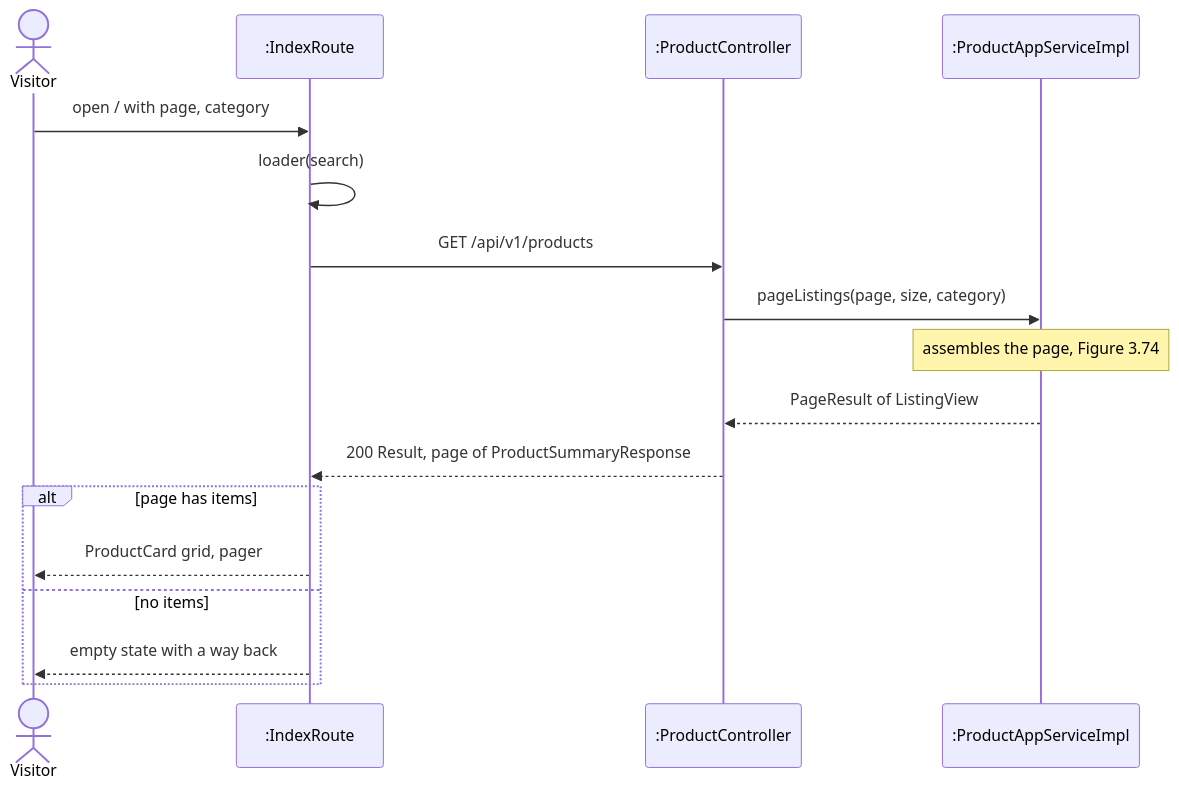
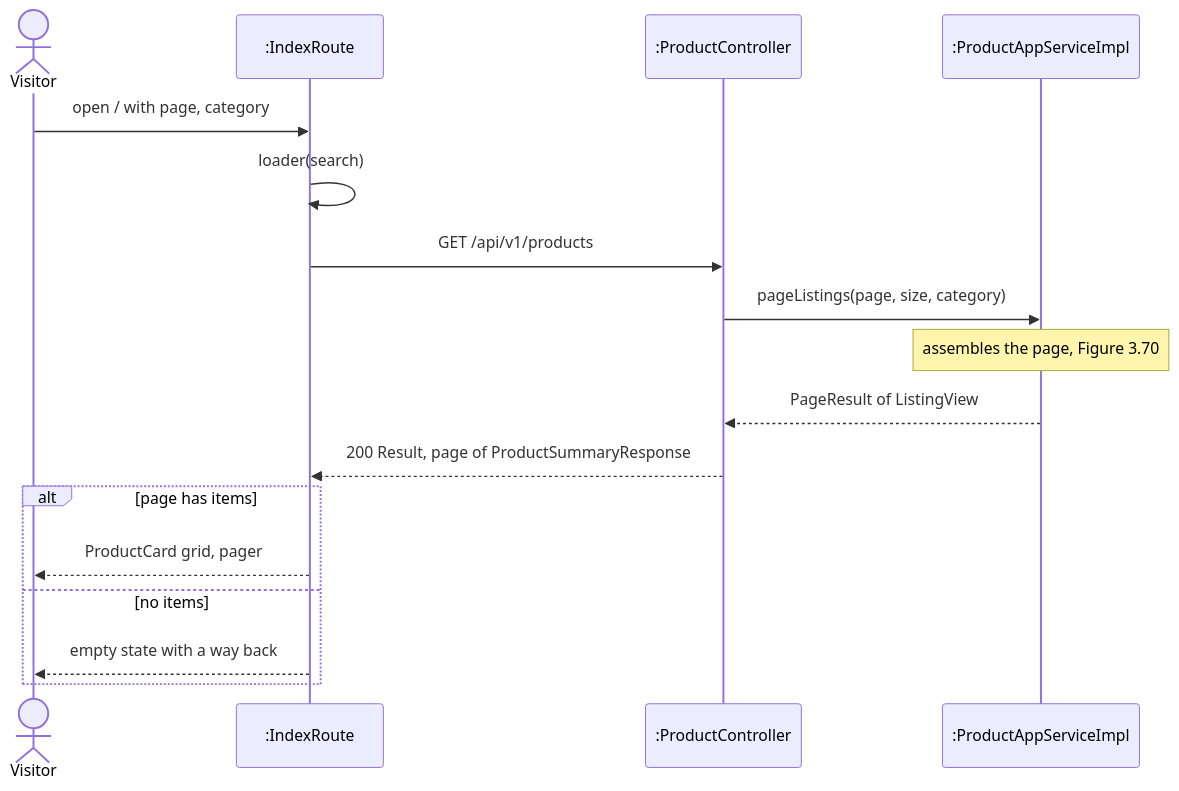
Diagram 12 of 18 in docs/swe5006/report/sections/03-4-3-pan.md (PPsyrius/iss-groupbuy-team8), drawn with Mermaid before and after one commit. The commit also changed other lines of this file and 60 other files, not shown here.

First line of the commit message:
docs(report): template format, VP-style UML and fact fixes (#463, #695) (#704)

````diff
--- a/docs/swe5006/report/sections/03-4-3-pan.md
+++ b/docs/swe5006/report/sections/03-4-3-pan.md
@@ -570,19 +582,19 @@
 ```mermaid
 sequenceDiagram
     actor Visitor
     participant R as :IndexRoute
     participant PC as :ProductController
     participant AS as :ProductAppServiceImpl
     Visitor->>R: open / with page, category
     R->>R: loader(search)
     R->>PC: GET /api/v1/products
     PC->>AS: pageListings(page, size, category)
-    Note over AS: assembles the page, Figure 3.74
+    Note over AS: assembles the page, Figure 3.70
     AS-->>PC: PageResult of ListingView
     PC-->>R: 200 Result, page of ProductSummaryResponse
     alt page has items
         R-->>Visitor: ProductCard grid, pager
     else no items
         R-->>Visitor: empty state with a way back
     end
 ```
````
